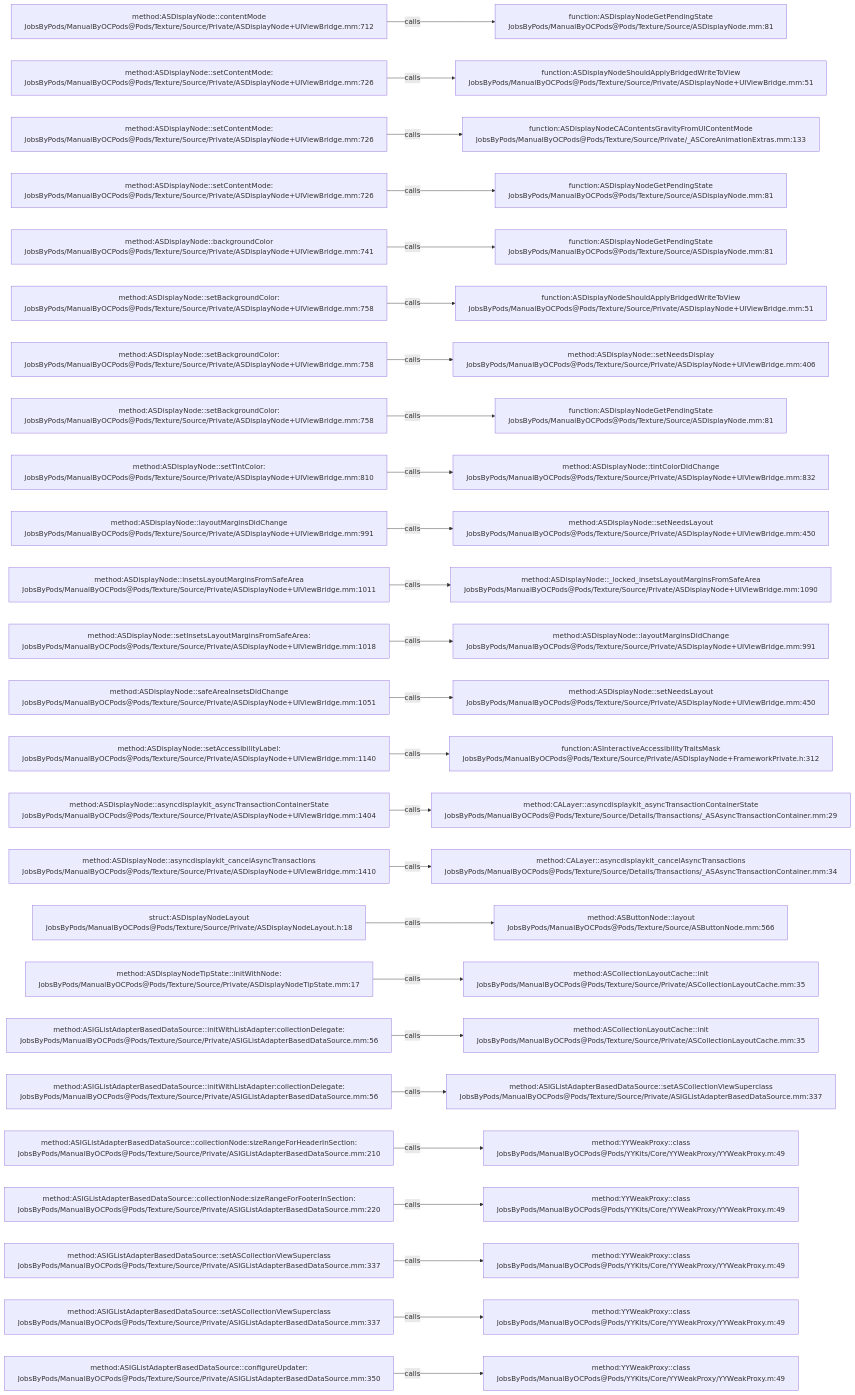
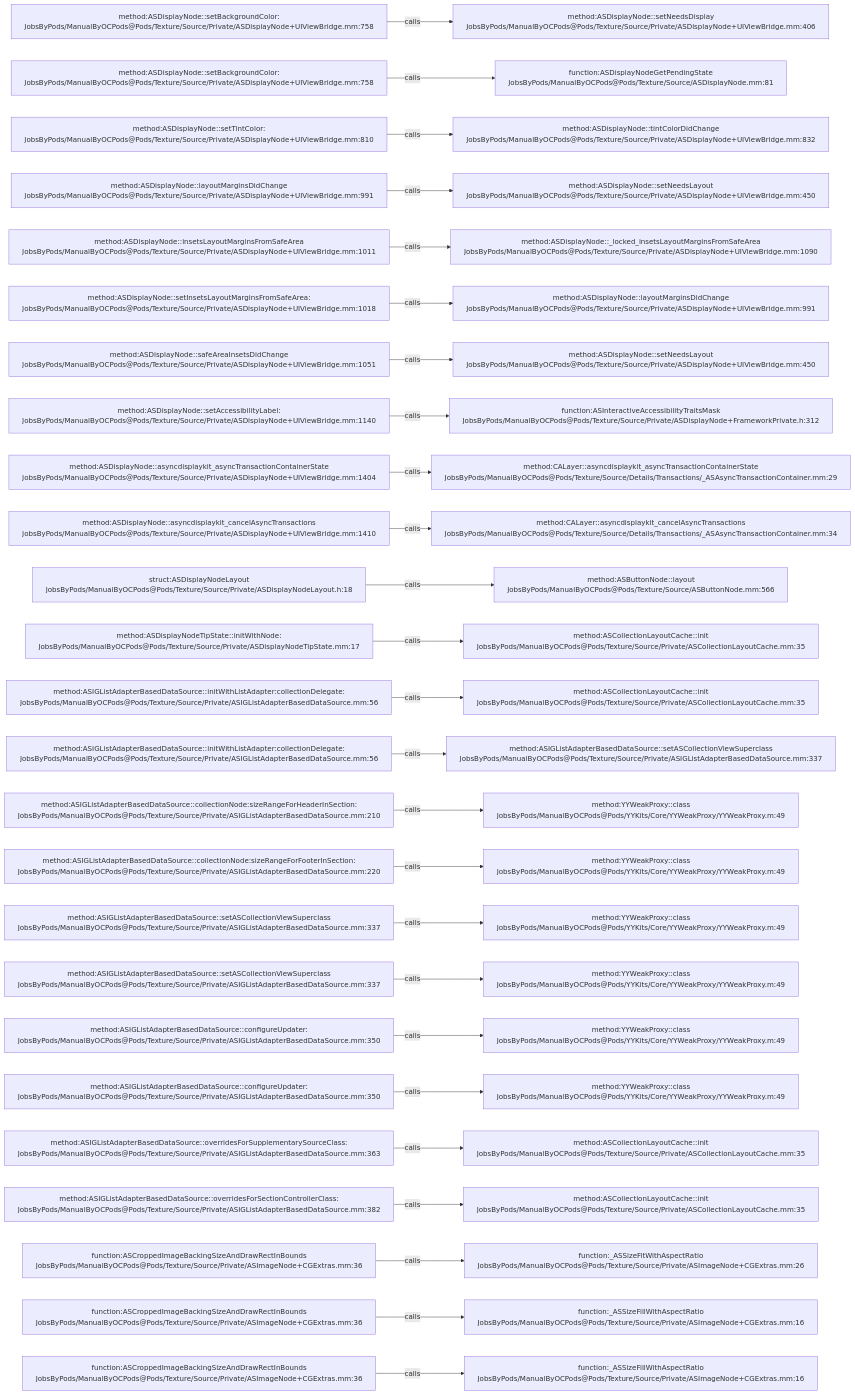
One commit to JobsKits/JobsOCBaseConfigDemo changed the diagram in .codegraph/codegraph.md/graphs/calls-181.md. Above: the diagram before and after it, drawn with Mermaid. The commit also changed 666 other files, not shown here.

````diff
--- a/.codegraph/codegraph.md/graphs/calls-181.md
+++ b/.codegraph/codegraph.md/graphs/calls-181.md
@@ -13,78 +13,78 @@
 ```mermaid
 flowchart LR
-  S1["method:ASDisplayNode::contentMode<br/>JobsByPods/ManualByOCPods@Pods/Texture/Source/Private/ASDisplayNode+UIViewBridge.mm:712"]
-  T1["function:ASDisplayNodeGetPendingState<br/>JobsByPods/ManualByOCPods@Pods/Texture/Source/ASDisplayNode.mm:81"]
+  S1["method:ASDisplayNode::setBackgroundColor:<br/>JobsByPods/ManualByOCPods@Pods/Texture/Source/Private/ASDisplayNode+UIViewBridge.mm:758"]
+  T1["method:ASDisplayNode::setNeedsDisplay<br/>JobsByPods/ManualByOCPods@Pods/Texture/Source/Private/ASDisplayNode+UIViewBridge.mm:406"]
   S1 -->|calls| T1
-  S2["method:ASDisplayNode::setContentMode:<br/>JobsByPods/ManualByOCPods@Pods/Texture/Source/Private/ASDisplayNode+UIViewBridge.mm:726"]
-  T2["function:ASDisplayNodeShouldApplyBridgedWriteToView<br/>JobsByPods/ManualByOCPods@Pods/Texture/Source/Private/ASDisplayNode+UIViewBridge.mm:51"]
+  S2["method:ASDisplayNode::setBackgroundColor:<br/>JobsByPods/ManualByOCPods@Pods/Texture/Source/Private/ASDisplayNode+UIViewBridge.mm:758"]
+  T2["function:ASDisplayNodeGetPendingState<br/>JobsByPods/ManualByOCPods@Pods/Texture/Source/ASDisplayNode.mm:81"]
   S2 -->|calls| T2
-  S3["method:ASDisplayNode::setContentMode:<br/>JobsByPods/ManualByOCPods@Pods/Texture/Source/Private/ASDisplayNode+UIViewBridge.mm:726"]
-  T3["function:ASDisplayNodeCAContentsGravityFromUIContentMode<br/>JobsByPods/ManualByOCPods@Pods/Texture/Source/Private/_ASCoreAnimationExtras.mm:133"]
+  S3["method:ASDisplayNode::setTintColor:<br/>JobsByPods/ManualByOCPods@Pods/Texture/Source/Private/ASDisplayNode+UIViewBridge.mm:810"]
+  T3["method:ASDisplayNode::tintColorDidChange<br/>JobsByPods/ManualByOCPods@Pods/Texture/Source/Private/ASDisplayNode+UIViewBridge.mm:832"]
   S3 -->|calls| T3
-  S4["method:ASDisplayNode::setContentMode:<br/>JobsByPods/ManualByOCPods@Pods/Texture/Source/Private/ASDisplayNode+UIViewBridge.mm:726"]
-  T4["function:ASDisplayNodeGetPendingState<br/>JobsByPods/ManualByOCPods@Pods/Texture/Source/ASDisplayNode.mm:81"]
+  S4["method:ASDisplayNode::layoutMarginsDidChange<br/>JobsByPods/ManualByOCPods@Pods/Texture/Source/Private/ASDisplayNode+UIViewBridge.mm:991"]
+  T4["method:ASDisplayNode::setNeedsLayout<br/>JobsByPods/ManualByOCPods@Pods/Texture/Source/Private/ASDisplayNode+UIViewBridge.mm:450"]
   S4 -->|calls| T4
-  S5["method:ASDisplayNode::backgroundColor<br/>JobsByPods/ManualByOCPods@Pods/Texture/Source/Private/ASDisplayNode+UIViewBridge.mm:741"]
-  T5["function:ASDisplayNodeGetPendingState<br/>JobsByPods/ManualByOCPods@Pods/Texture/Source/ASDisplayNode.mm:81"]
+  S5["method:ASDisplayNode::insetsLayoutMarginsFromSafeArea<br/>JobsByPods/ManualByOCPods@Pods/Texture/Source/Private/ASDisplayNode+UIViewBridge.mm:1011"]
+  T5["method:ASDisplayNode::_locked_insetsLayoutMarginsFromSafeArea<br/>JobsByPods/ManualByOCPods@Pods/Texture/Source/Private/ASDisplayNode+UIViewBridge.mm:1090"]
   S5 -->|calls| T5
-  S6["method:ASDisplayNode::setBackgroundColor:<br/>JobsByPods/ManualByOCPods@Pods/Texture/Source/Private/ASDisplayNode+UIViewBridge.mm:758"]
-  T6["function:ASDisplayNodeShouldApplyBridgedWriteToView<br/>JobsByPods/ManualByOCPods@Pods/Texture/Source/Private/ASDisplayNode+UIViewBridge.mm:51"]
+  S6["method:ASDisplayNode::setInsetsLayoutMarginsFromSafeArea:<br/>JobsByPods/ManualByOCPods@Pods/Texture/Source/Private/ASDisplayNode+UIViewBridge.mm:1018"]
+  T6["method:ASDisplayNode::layoutMarginsDidChange<br/>JobsByPods/ManualByOCPods@Pods/Texture/Source/Private/ASDisplayNode+UIViewBridge.mm:991"]
   S6 -->|calls| T6
-  S7["method:ASDisplayNode::setBackgroundColor:<br/>JobsByPods/ManualByOCPods@Pods/Texture/Source/Private/ASDisplayNode+UIViewBridge.mm:758"]
-  T7["method:ASDisplayNode::setNeedsDisplay<br/>JobsByPods/ManualByOCPods@Pods/Texture/Source/Private/ASDisplayNode+UIViewBridge.mm:406"]
+  S7["method:ASDisplayNode::safeAreaInsetsDidChange<br/>JobsByPods/ManualByOCPods@Pods/Texture/Source/Private/ASDisplayNode+UIViewBridge.mm:1051"]
+  T7["method:ASDisplayNode::setNeedsLayout<br/>JobsByPods/ManualByOCPods@Pods/Texture/Source/Private/ASDisplayNode+UIViewBridge.mm:450"]
   S7 -->|calls| T7
-  S8["method:ASDisplayNode::setBackgroundColor:<br/>JobsByPods/ManualByOCPods@Pods/Texture/Source/Private/ASDisplayNode+UIViewBridge.mm:758"]
-  T8["function:ASDisplayNodeGetPendingState<br/>JobsByPods/ManualByOCPods@Pods/Texture/Source/ASDisplayNode.mm:81"]
+  S8["method:ASDisplayNode::setAccessibilityLabel:<br/>JobsByPods/ManualByOCPods@Pods/Texture/Source/Private/ASDisplayNode+UIViewBridge.mm:1140"]
+  T8["function:ASInteractiveAccessibilityTraitsMask<br/>JobsByPods/ManualByOCPods@Pods/Texture/Source/Private/ASDisplayNode+FrameworkPrivate.h:312"]
   S8 -->|calls| T8
-  S9["method:ASDisplayNode::setTintColor:<br/>JobsByPods/ManualByOCPods@Pods/Texture/Source/Private/ASDisplayNode+UIViewBridge.mm:810"]
-  T9["method:ASDisplayNode::tintColorDidChange<br/>JobsByPods/ManualByOCPods@Pods/Texture/Source/Private/ASDisplayNode+UIViewBridge.mm:832"]
+  S9["method:ASDisplayNode::asyncdisplaykit_asyncTransactionContainerState<br/>JobsByPods/ManualByOCPods@Pods/Texture/Source/Private/ASDisplayNode+UIViewBridge.mm:1404"]
+  T9["method:CALayer::asyncdisplaykit_asyncTransactionContainerState<br/>JobsByPods/ManualByOCPods@Pods/Texture/Source/Details/Transactions/_ASAsyncTransactionContainer.mm:29"]
   S9 -->|calls| T9
-  S10["method:ASDisplayNode::layoutMarginsDidChange<br/>JobsByPods/ManualByOCPods@Pods/Texture/Source/Private/ASDisplayNode+UIViewBridge.mm:991"]
-  T10["method:ASDisplayNode::setNeedsLayout<br/>JobsByPods/ManualByOCPods@Pods/Texture/Source/Private/ASDisplayNode+UIViewBridge.mm:450"]
+  S10["method:ASDisplayNode::asyncdisplaykit_cancelAsyncTransactions<br/>JobsByPods/ManualByOCPods@Pods/Texture/Source/Private/ASDisplayNode+UIViewBridge.mm:1410"]
+  T10["method:CALayer::asyncdisplaykit_cancelAsyncTransactions<br/>JobsByPods/ManualByOCPods@Pods/Texture/Source/Details/Transactions/_ASAsyncTransactionContainer.mm:34"]
   S10 -->|calls| T10
-  S11["method:ASDisplayNode::insetsLayoutMarginsFromSafeArea<br/>JobsByPods/ManualByOCPods@Pods/Texture/Source/Private/ASDisplayNode+UIViewBridge.mm:1011"]
-  T11["method:ASDisplayNode::_locked_insetsLayoutMarginsFromSafeArea<br/>JobsByPods/ManualByOCPods@Pods/Texture/Source/Private/ASDisplayNode+UIViewBridge.mm:1090"]
+  S11["struct:ASDisplayNodeLayout<br/>JobsByPods/ManualByOCPods@Pods/Texture/Source/Private/ASDisplayNodeLayout.h:18"]
+  T11["method:ASButtonNode::layout<br/>JobsByPods/ManualByOCPods@Pods/Texture/Source/ASButtonNode.mm:566"]
   S11 -->|calls| T11
-  S12["method:ASDisplayNode::setInsetsLayoutMarginsFromSafeArea:<br/>JobsByPods/ManualByOCPods@Pods/Texture/Source/Private/ASDisplayNode+UIViewBridge.mm:1018"]
-  T12["method:ASDisplayNode::layoutMarginsDidChange<br/>JobsByPods/ManualByOCPods@Pods/Texture/Source/Private/ASDisplayNode+UIViewBridge.mm:991"]
+  S12["method:ASDisplayNodeTipState::initWithNode:<br/>JobsByPods/ManualByOCPods@Pods/Texture/Source/Private/ASDisplayNodeTipState.mm:17"]
+  T12["method:ASCollectionLayoutCache::init<br/>JobsByPods/ManualByOCPods@Pods/Texture/Source/Private/ASCollectionLayoutCache.mm:35"]
   S12 -->|calls| T12
-  S13["method:ASDisplayNode::safeAreaInsetsDidChange<br/>JobsByPods/ManualByOCPods@Pods/Texture/Source/Private/ASDisplayNode+UIViewBridge.mm:1051"]
-  T13["method:ASDisplayNode::setNeedsLayout<br/>JobsByPods/ManualByOCPods@Pods/Texture/Source/Private/ASDisplayNode+UIViewBridge.mm:450"]
+  S13["method:ASIGListAdapterBasedDataSource::initWithListAdapter:collectionDelegate:<br/>JobsByPods/ManualByOCPods@Pods/Texture/Source/Private/ASIGListAdapterBasedDataSource.mm:56"]
+  T13["method:ASCollectionLayoutCache::init<br/>JobsByPods/ManualByOCPods@Pods/Texture/Source/Private/ASCollectionLayoutCache.mm:35"]
   S13 -->|calls| T13
-  S14["method:ASDisplayNode::setAccessibilityLabel:<br/>JobsByPods/ManualByOCPods@Pods/Texture/Source/Private/ASDisplayNode+UIViewBridge.mm:1140"]
-  T14["function:ASInteractiveAccessibilityTraitsMask<br/>JobsByPods/ManualByOCPods@Pods/Texture/Source/Private/ASDisplayNode+FrameworkPrivate.h:312"]
+  S14["method:ASIGListAdapterBasedDataSource::initWithListAdapter:collectionDelegate:<br/>JobsByPods/ManualByOCPods@Pods/Texture/Source/Private/ASIGListAdapterBasedDataSource.mm:56"]
+  T14["method:ASIGListAdapterBasedDataSource::setASCollectionViewSuperclass<br/>JobsByPods/ManualByOCPods@Pods/Texture/Source/Private/ASIGListAdapterBasedDataSource.mm:337"]
   S14 -->|calls| T14
-  S15["method:ASDisplayNode::asyncdisplaykit_asyncTransactionContainerState<br/>JobsByPods/ManualByOCPods@Pods/Texture/Source/Private/ASDisplayNode+UIViewBridge.mm:1404"]
-  T15["method:CALayer::asyncdisplaykit_asyncTransactionContainerState<br/>JobsByPods/ManualByOCPods@Pods/Texture/Source/Details/Transactions/_ASAsyncTransactionContainer.mm:29"]
+  S15["method:ASIGListAdapterBasedDataSource::collectionNode:sizeRangeForHeaderInSection:<br/>JobsByPods/ManualByOCPods@Pods/Texture/Source/Private/ASIGListAdapterBasedDataSource.mm:210"]
+  T15["method:YYWeakProxy::class<br/>JobsByPods/ManualByOCPods@Pods/YYKits/Core/YYWeakProxy/YYWeakProxy.m:49"]
   S15 -->|calls| T15
-  S16["method:ASDisplayNode::asyncdisplaykit_cancelAsyncTransactions<br/>JobsByPods/ManualByOCPods@Pods/Texture/Source/Private/ASDisplayNode+UIViewBridge.mm:1410"]
-  T16["method:CALayer::asyncdisplaykit_cancelAsyncTransactions<br/>JobsByPods/ManualByOCPods@Pods/Texture/Source/Details/Transactions/_ASAsyncTransactionContainer.mm:34"]
+  S16["method:ASIGListAdapterBasedDataSource::collectionNode:sizeRangeForFooterInSection:<br/>JobsByPods/ManualByOCPods@Pods/Texture/Source/Private/ASIGListAdapterBasedDataSource.mm:220"]
+  T16["method:YYWeakProxy::class<br/>JobsByPods/ManualByOCPods@Pods/YYKits/Core/YYWeakProxy/YYWeakProxy.m:49"]
   S16 -->|calls| T16
-  S17["struct:ASDisplayNodeLayout<br/>JobsByPods/ManualByOCPods@Pods/Texture/Source/Private/ASDisplayNodeLayout.h:18"]
-  T17["method:ASButtonNode::layout<br/>JobsByPods/ManualByOCPods@Pods/Texture/Source/ASButtonNode.mm:566"]
+  S17["method:ASIGListAdapterBasedDataSource::setASCollectionViewSuperclass<br/>JobsByPods/ManualByOCPods@Pods/Texture/Source/Private/ASIGListAdapterBasedDataSource.mm:337"]
+  T17["method:YYWeakProxy::class<br/>JobsByPods/ManualByOCPods@Pods/YYKits/Core/YYWeakProxy/YYWeakProxy.m:49"]
   S17 -->|calls| T17
-  S18["method:ASDisplayNodeTipState::initWithNode:<br/>JobsByPods/ManualByOCPods@Pods/Texture/Source/Private/ASDisplayNodeTipState.mm:17"]
-  T18["method:ASCollectionLayoutCache::init<br/>JobsByPods/ManualByOCPods@Pods/Texture/Source/Private/ASCollectionLayoutCache.mm:35"]
+  S18["method:ASIGListAdapterBasedDataSource::setASCollectionViewSuperclass<br/>JobsByPods/ManualByOCPods@Pods/Texture/Source/Private/ASIGListAdapterBasedDataSource.mm:337"]
+  T18["method:YYWeakProxy::class<br/>JobsByPods/ManualByOCPods@Pods/YYKits/Core/YYWeakProxy/YYWeakProxy.m:49"]
   S18 -->|calls| T18
-  S19["method:ASIGListAdapterBasedDataSource::initWithListAdapter:collectionDelegate:<br/>JobsByPods/ManualByOCPods@Pods/Texture/Source/Private/ASIGListAdapterBasedDataSource.mm:56"]
-  T19["method:ASCollectionLayoutCache::init<br/>JobsByPods/ManualByOCPods@Pods/Texture/Source/Private/ASCollectionLayoutCache.mm:35"]
+  S19["method:ASIGListAdapterBasedDataSource::configureUpdater:<br/>JobsByPods/ManualByOCPods@Pods/Texture/Source/Private/ASIGListAdapterBasedDataSource.mm:350"]
+  T19["method:YYWeakProxy::class<br/>JobsByPods/ManualByOCPods@Pods/YYKits/Core/YYWeakProxy/YYWeakProxy.m:49"]
   S19 -->|calls| T19
-  S20["method:ASIGListAdapterBasedDataSource::initWithListAdapter:collectionDelegate:<br/>JobsByPods/ManualByOCPods@Pods/Texture/Source/Private/ASIGListAdapterBasedDataSource.mm:56"]
-  T20["method:ASIGListAdapterBasedDataSource::setASCollectionViewSuperclass<br/>JobsByPods/ManualByOCPods@Pods/Texture/Source/Private/ASIGListAdapterBasedDataSource.mm:337"]
+  S20["method:ASIGListAdapterBasedDataSource::configureUpdater:<br/>JobsByPods/ManualByOCPods@Pods/Texture/Source/Private/ASIGListAdapterBasedDataSource.mm:350"]
+  T20["method:YYWeakProxy::class<br/>JobsByPods/ManualByOCPods@Pods/YYKits/Core/YYWeakProxy/YYWeakProxy.m:49"]
   S20 -->|calls| T20
-  S21["method:ASIGListAdapterBasedDataSource::collectionNode:sizeRangeForHeaderInSection:<br/>JobsByPods/ManualByOCPods@Pods/Texture/Source/Private/ASIGListAdapterBasedDataSource.mm:210"]
-  T21["method:YYWeakProxy::class<br/>JobsByPods/ManualByOCPods@Pods/YYKits/Core/YYWeakProxy/YYWeakProxy.m:49"]
+  S21["method:ASIGListAdapterBasedDataSource::overridesForSupplementarySourceClass:<br/>JobsByPods/ManualByOCPods@Pods/Texture/Source/Private/ASIGListAdapterBasedDataSource.mm:363"]
+  T21["method:ASCollectionLayoutCache::init<br/>JobsByPods/ManualByOCPods@Pods/Texture/Source/Private/ASCollectionLayoutCache.mm:35"]
   S21 -->|calls| T21
-  S22["method:ASIGListAdapterBasedDataSource::collectionNode:sizeRangeForFooterInSection:<br/>JobsByPods/ManualByOCPods@Pods/Texture/Source/Private/ASIGListAdapterBasedDataSource.mm:220"]
-  T22["method:YYWeakProxy::class<br/>JobsByPods/ManualByOCPods@Pods/YYKits/Core/YYWeakProxy/YYWeakProxy.m:49"]
+  S22["method:ASIGListAdapterBasedDataSource::overridesForSectionControllerClass:<br/>JobsByPods/ManualByOCPods@Pods/Texture/Source/Private/ASIGListAdapterBasedDataSource.mm:382"]
+  T22["method:ASCollectionLayoutCache::init<br/>JobsByPods/ManualByOCPods@Pods/Texture/Source/Private/ASCollectionLayoutCache.mm:35"]
   S22 -->|calls| T22
-  S23["method:ASIGListAdapterBasedDataSource::setASCollectionViewSuperclass<br/>JobsByPods/ManualByOCPods@Pods/Texture/Source/Private/ASIGListAdapterBasedDataSource.mm:337"]
-  T23["method:YYWeakProxy::class<br/>JobsByPods/ManualByOCPods@Pods/YYKits/Core/YYWeakProxy/YYWeakProxy.m:49"]
+  S23["function:ASCroppedImageBackingSizeAndDrawRectInBounds<br/>JobsByPods/ManualByOCPods@Pods/Texture/Source/Private/ASImageNode+CGExtras.mm:36"]
+  T23["function:_ASSizeFitWithAspectRatio<br/>JobsByPods/ManualByOCPods@Pods/Texture/Source/Private/ASImageNode+CGExtras.mm:26"]
   S23 -->|calls| T23
-  S24["method:ASIGListAdapterBasedDataSource::setASCollectionViewSuperclass<br/>JobsByPods/ManualByOCPods@Pods/Texture/Source/Private/ASIGListAdapterBasedDataSource.mm:337"]
-  T24["method:YYWeakProxy::class<br/>JobsByPods/ManualByOCPods@Pods/YYKits/Core/YYWeakProxy/YYWeakProxy.m:49"]
+  S24["function:ASCroppedImageBackingSizeAndDrawRectInBounds<br/>JobsByPods/ManualByOCPods@Pods/Texture/Source/Private/ASImageNode+CGExtras.mm:36"]
+  T24["function:_ASSizeFillWithAspectRatio<br/>JobsByPods/ManualByOCPods@Pods/Texture/Source/Private/ASImageNode+CGExtras.mm:16"]
   S24 -->|calls| T24
-  S25["method:ASIGListAdapterBasedDataSource::configureUpdater:<br/>JobsByPods/ManualByOCPods@Pods/Texture/Source/Private/ASIGListAdapterBasedDataSource.mm:350"]
-  T25["method:YYWeakProxy::class<br/>JobsByPods/ManualByOCPods@Pods/YYKits/Core/YYWeakProxy/YYWeakProxy.m:49"]
+  S25["function:ASCroppedImageBackingSizeAndDrawRectInBounds<br/>JobsByPods/ManualByOCPods@Pods/Texture/Source/Private/ASImageNode+CGExtras.mm:36"]
+  T25["function:_ASSizeFillWithAspectRatio<br/>JobsByPods/ManualByOCPods@Pods/Texture/Source/Private/ASImageNode+CGExtras.mm:16"]
   S25 -->|calls| T25
 ```
````
